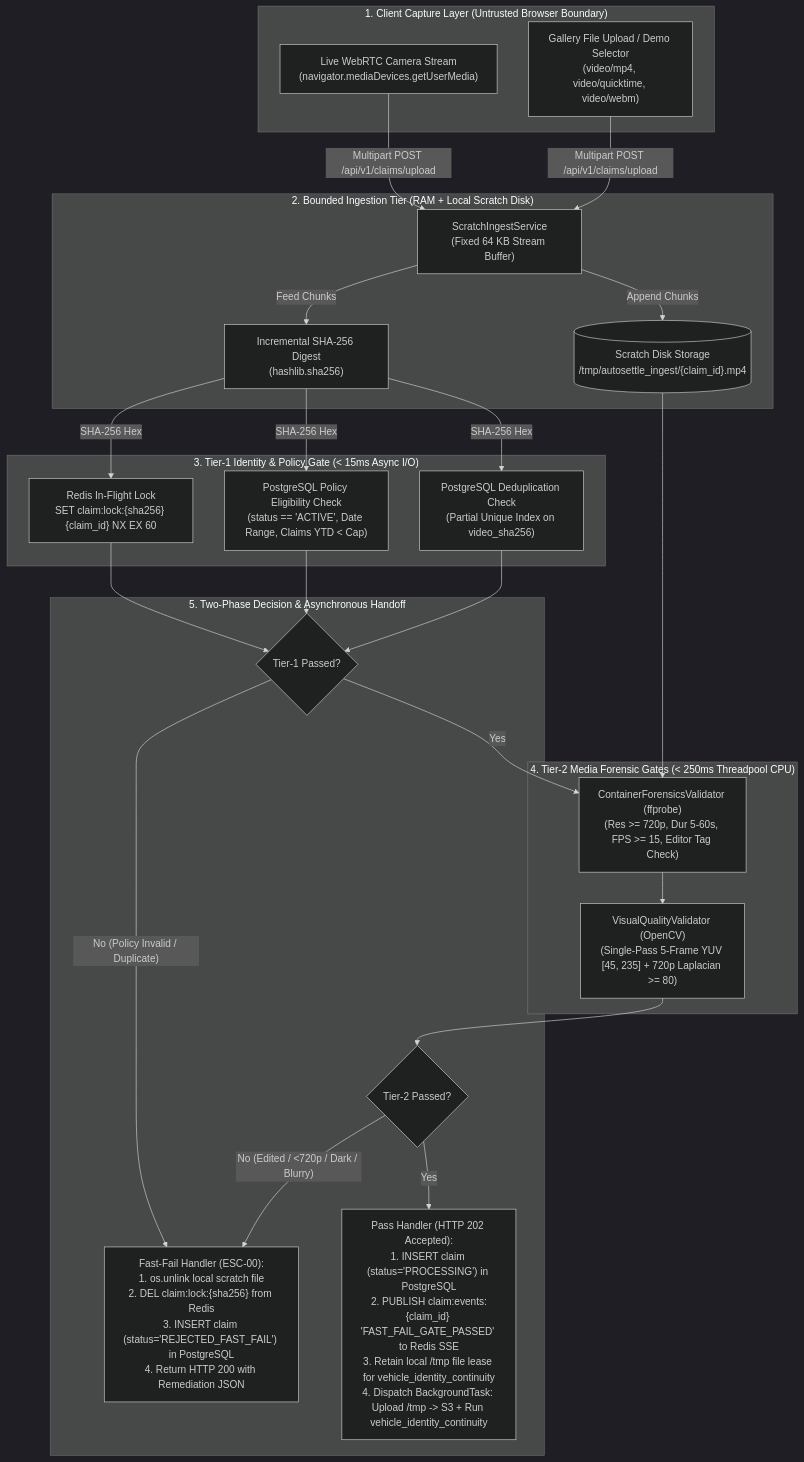
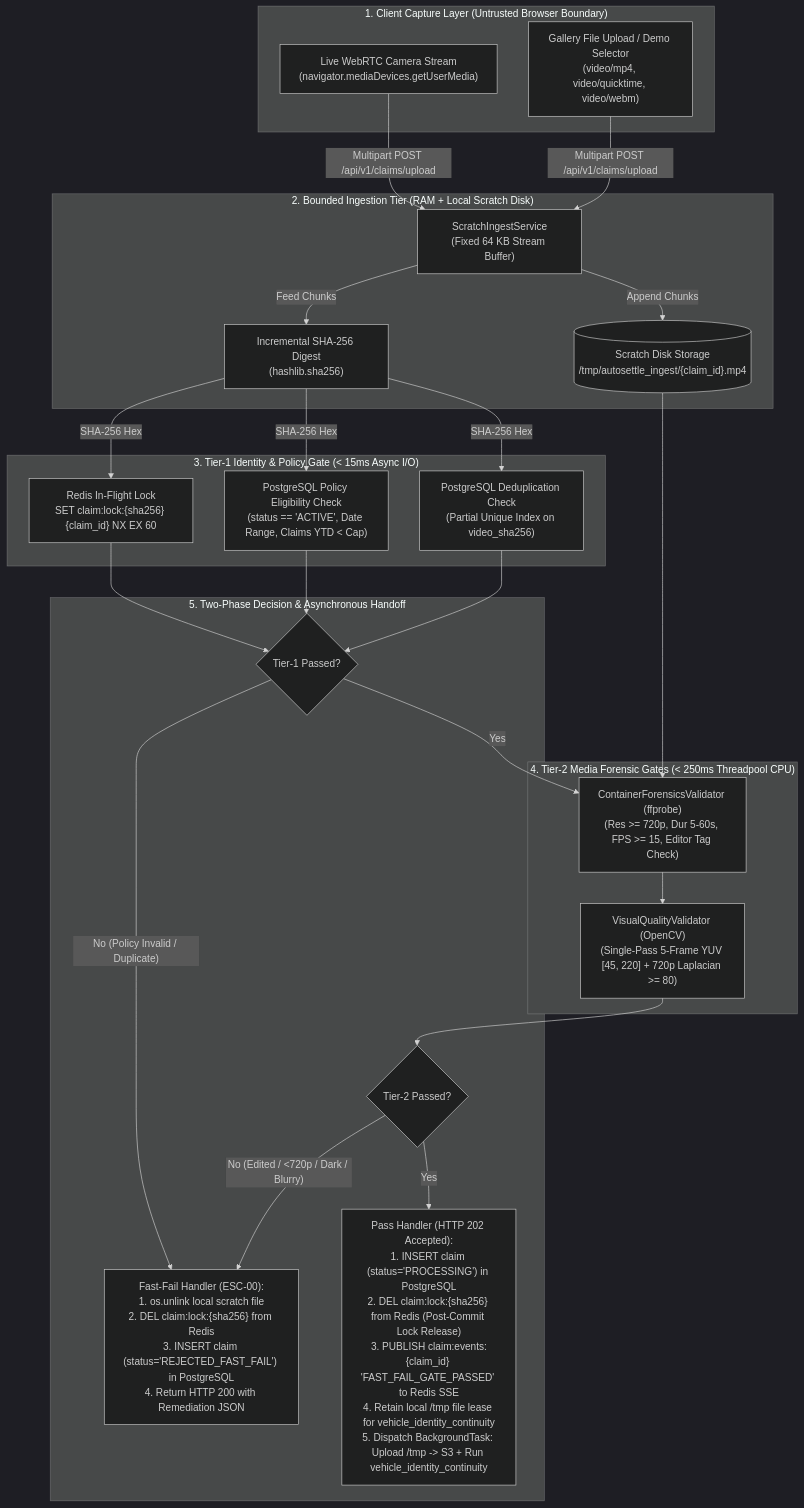
Before and after one commit to idkjashan/settle_ai: the first of 8 diagrams in docs/lld/LLD_STAGE_0_FAST_FAIL_GATE.md, drawn with Mermaid (dark theme). The commit also changed other lines of this file and 116 other files, not shown here.

Commit message:
feat: complete Stage 0, Stage 1 hardening, real walkaround video test suite, adversarial breaker suite, and architecture documentation

````diff
--- a/docs/lld/LLD_STAGE_0_FAST_FAIL_GATE.md
+++ b/docs/lld/LLD_STAGE_0_FAST_FAIL_GATE.md
@@ -154,49 +159,49 @@
 ```mermaid
 flowchart TD
     subgraph Client_Layer["1. Client Capture Layer (Untrusted Browser Boundary)"]
         C1["Live WebRTC Camera Stream\n(navigator.mediaDevices.getUserMedia)"]
         C2["Gallery File Upload / Demo Selector\n(video/mp4, video/quicktime, video/webm)"]
     end
 
     subgraph Ingest_Tier["2. Bounded Ingestion Tier (RAM + Local Scratch Disk)"]
         I1["ScratchIngestService\n(Fixed 64 KB Stream Buffer)"]
         I2[("Scratch Disk Storage\n/tmp/autosettle_ingest/{claim_id}.mp4")]
         I3["Incremental SHA-256 Digest\n(hashlib.sha256)"]
     end
 
     subgraph Tier1_Gates["3. Tier-1 Identity & Policy Gate (< 15ms Async I/O)"]
         G1["Redis In-Flight Lock\nSET claim:lock:{sha256} {claim_id} NX EX 60"]
         G2["PostgreSQL Policy Eligibility Check\n(status == 'ACTIVE', Date Range, Claims YTD < Cap)"]
         G3["PostgreSQL Deduplication Check\n(Partial Unique Index on video_sha256)"]
     end
 
     subgraph Tier2_Gates["4. Tier-2 Media Forensic Gates (< 250ms Threadpool CPU)"]
         G4["ContainerForensicsValidator (ffprobe)\n(Res >= 720p, Dur 5-60s, FPS >= 15, Editor Tag Check)"]
-        G5["VisualQualityValidator (OpenCV)\n(Single-Pass 5-Frame YUV [45, 235] + 720p Laplacian >= 80)"]
+        G5["VisualQualityValidator (OpenCV)\n(Single-Pass 5-Frame YUV [45, 220] + 720p Laplacian >= 80)"]
     end
 
     subgraph Routing_Handoff["5. Two-Phase Decision & Asynchronous Handoff"]
         D1{"Tier-1 Passed?"}
         D2{"Tier-2 Passed?"}
         
         Fail_Action["Fast-Fail Handler (ESC-00):\n1. os.unlink local scratch file\n2. DEL claim:lock:{sha256} from Redis\n3. INSERT claim (status='REJECTED_FAST_FAIL') in PostgreSQL\n4. Return HTTP 200 with Remediation JSON"]
         
-        Pass_Action["Pass Handler (HTTP 202 Accepted):\n1. INSERT claim (status='PROCESSING') in PostgreSQL\n2. PUBLISH claim:events:{claim_id} 'FAST_FAIL_GATE_PASSED' to Redis SSE\n3. Retain local /tmp file lease for vehicle_identity_continuity\n4. Dispatch BackgroundTask: Upload /tmp -> S3 + Run vehicle_identity_continuity"]
+        Pass_Action["Pass Handler (HTTP 202 Accepted):\n1. INSERT claim (status='PROCESSING') in PostgreSQL\n2. DEL claim:lock:{sha256} from Redis (Post-Commit Lock Release)\n3. PUBLISH claim:events:{claim_id} 'FAST_FAIL_GATE_PASSED' to Redis SSE\n4. Retain local /tmp file lease for vehicle_identity_continuity\n5. Dispatch BackgroundTask: Upload /tmp -> S3 + Run vehicle_identity_continuity"]
     end
 
     C1 & C2 -- "Multipart POST /api/v1/claims/upload" --> I1
     I1 -- "Append Chunks" --> I2
     I1 -- "Feed Chunks" --> I3
     I3 -- "SHA-256 Hex" --> G1 & G2 & G3
     G1 & G2 & G3 --> D1
     
     D1 -- "No (Policy Invalid / Duplicate)" --> Fail_Action
     D1 -- "Yes" --> G4
     
     I2 --> G4
     G4 --> G5
     G5 --> D2
     
     D2 -- "No (Edited / <720p / Dark / Blurry)" --> Fail_Action
     D2 -- "Yes" --> Pass_Action
 ```
````
